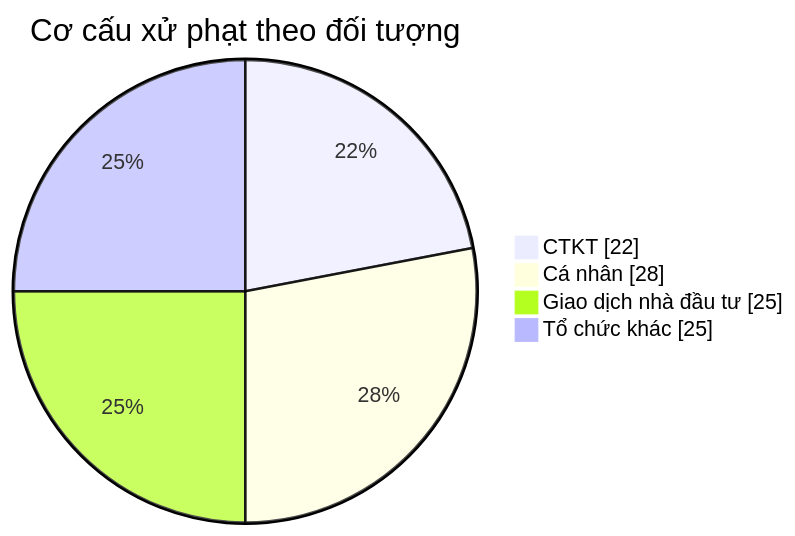
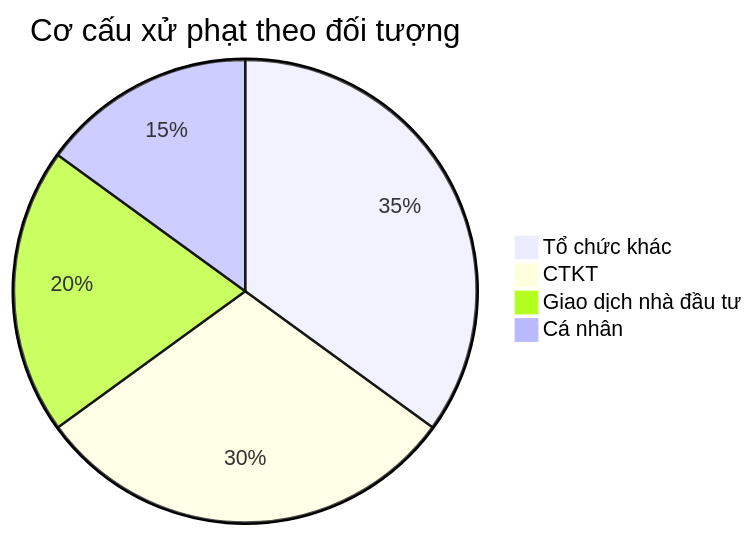
Before and after one commit to linhlvit/ubck_atomic_design: diagram 18 of 25 in Gold/hld/GOLD_TT_HLD.md, drawn with Mermaid. The commit also changed other lines of this file and 7 other files, not shown here.

````diff
--- a/Gold/hld/GOLD_TT_HLD.md
+++ b/Gold/hld/GOLD_TT_HLD.md
@@ -710,8 +851,7 @@
 ```mermaid
-pie showData
-    title Cơ cấu xử phạt theo đối tượng
-    "CTKT" : 22
-    "Cá nhân" : 28
-    "Giao dịch nhà đầu tư" : 25
-    "Tổ chức khác" : 25
+pie title Cơ cấu xử phạt theo đối tượng
+    "Tổ chức khác" : 35
+    "CTKT" : 30
+    "Giao dịch nhà đầu tư" : 20
+    "Cá nhân" : 15
 ```
````
